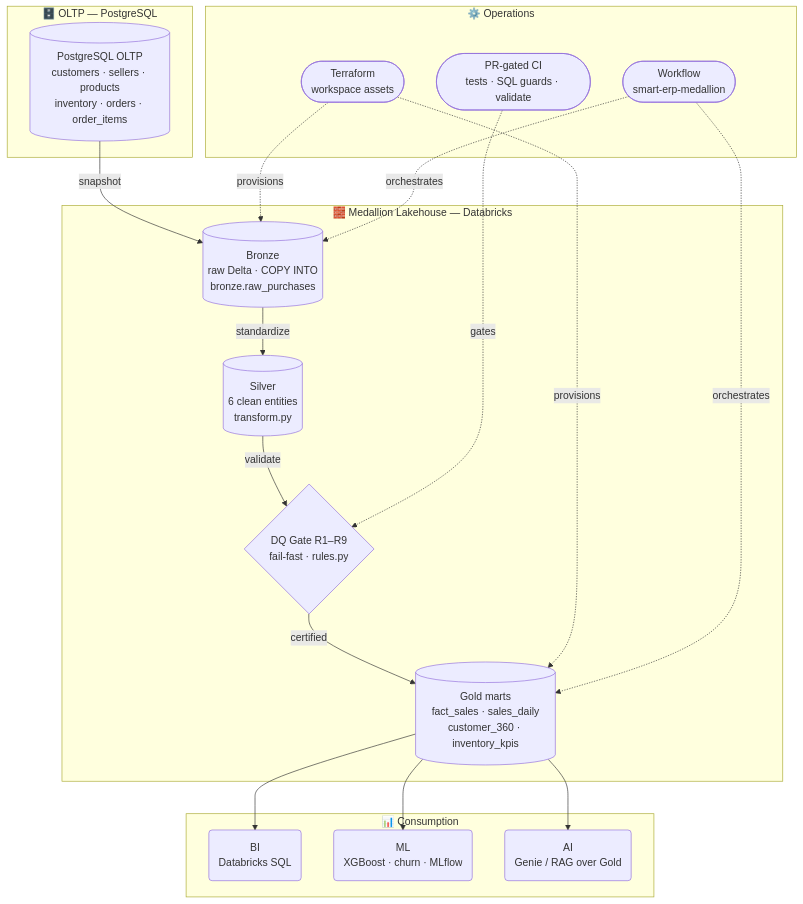
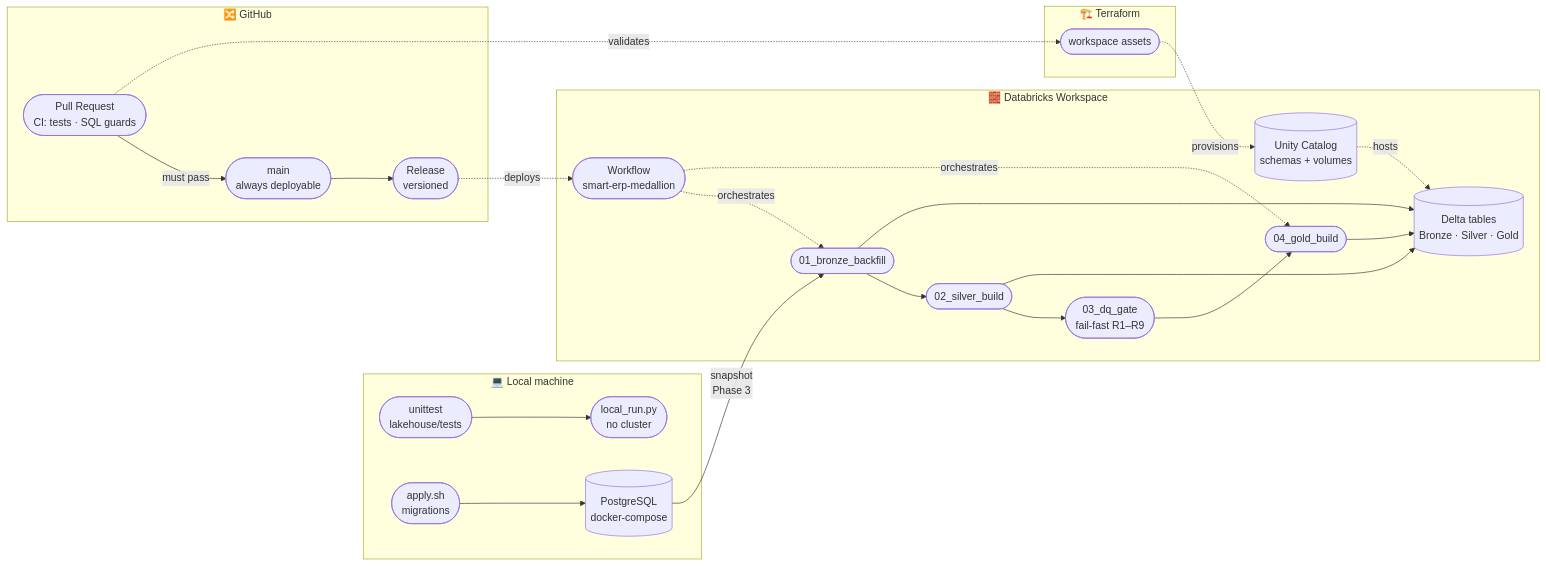
Before and after one commit to adriansalvadorekomo/smart-erp-dataopts: the diagram in README.md, drawn with Mermaid. The commit also changed other lines of this file and 1 other file, not shown here.

Commit message:
Docs: distinct deployment view + legends, no duplication

````diff
--- a/README.md
+++ b/README.md
@@ -75,38 +86,45 @@
 ```mermaid
-flowchart TB
-    subgraph OLTP["🗄️ OLTP — PostgreSQL"]
-        PG[("PostgreSQL OLTP<br/>customers · sellers · products<br/>inventory · orders · order_items")]
+flowchart LR
+    subgraph LOCAL["💻 Local machine"]
+        T(["unittest<br/>lakehouse/tests"])
+        RUN(["local_run.py<br/>no cluster"])
+        APPLY(["apply.sh<br/>migrations"])
+        PG[("PostgreSQL<br/>docker-compose")]
     end
 
-    subgraph MEDALLION["🧱 Medallion Lakehouse — Databricks"]
-        BR[("Bronze<br/>raw Delta · COPY INTO<br/>bronze.raw_purchases")]
-        SI[("Silver<br/>6 clean entities<br/>transform.py")]
-        DQ{"DQ Gate R1–R9<br/>fail-fast · rules.py"}
-        GO[("Gold marts<br/>fact_sales · sales_daily<br/>customer_360 · inventory_kpis")]
+    subgraph GH["🔀 GitHub"]
+        PR(["Pull Request<br/>CI: tests · SQL guards"])
+        MAIN(["main<br/>always deployable"])
+        REL(["Release<br/>versioned"])
     end
 
-    subgraph SERVE["📊 Consumption"]
-        BI("BI<br/>Databricks SQL")
-        ML("ML<br/>XGBoost · churn · MLflow")
-        AI("AI<br/>Genie / RAG over Gold")
+    subgraph WS["🧱 Databricks Workspace"]
+        NB1(["01_bronze_backfill"])
+        NB2(["02_silver_build"])
+        NB3(["03_dq_gate<br/>fail-fast R1–R9"])
+        NB4(["04_gold_build"])
+        JOB(["Workflow<br/>smart-erp-medallion"])
+        UC[("Unity Catalog<br/>schemas + volumes")]
+        DL[("Delta tables<br/>Bronze · Silver · Gold")]
     end
 
-    subgraph OPS["⚙️ Operations"]
-        TF(["Terraform<br/>workspace assets"])
-        CI(["PR-gated CI<br/>tests · SQL guards · validate"])
-        WF(["Workflow<br/>smart-erp-medallion"])
+    subgraph TF["🏗️ Terraform"]
+        IA(["workspace assets"])
     end
 
-    PG -->|"snapshot"| BR
-    BR -->|"standardize"| SI
-    SI -->|"validate"| DQ
-    DQ -->|"certified"| GO
-    GO --> BI
-    GO --> ML
-    GO --> AI
-    TF -.->|"provisions"| BR
-    TF -.->|"provisions"| GO
-    CI -.->|"gates"| DQ
-    WF -.->|"orchestrates"| BR
-    WF -.->|"orchestrates"| GO
+    T --> RUN
+    APPLY --> PG
+    PR -->|"must pass"| MAIN
+    MAIN --> REL
+    REL -.->|"deploys"| JOB
+    NB1 --> NB2 --> NB3 --> NB4
+    JOB -.->|"orchestrates"| NB1
+    JOB -.->|"orchestrates"| NB4
+    IA -.->|"provisions"| UC
+    PR -.->|"validates"| IA
+    NB1 --> DL
+    NB2 --> DL
+    NB4 --> DL
+    PG -->|"snapshot<br/>Phase 3"| NB1
+    UC -.->|"hosts"| DL
 ```
````
